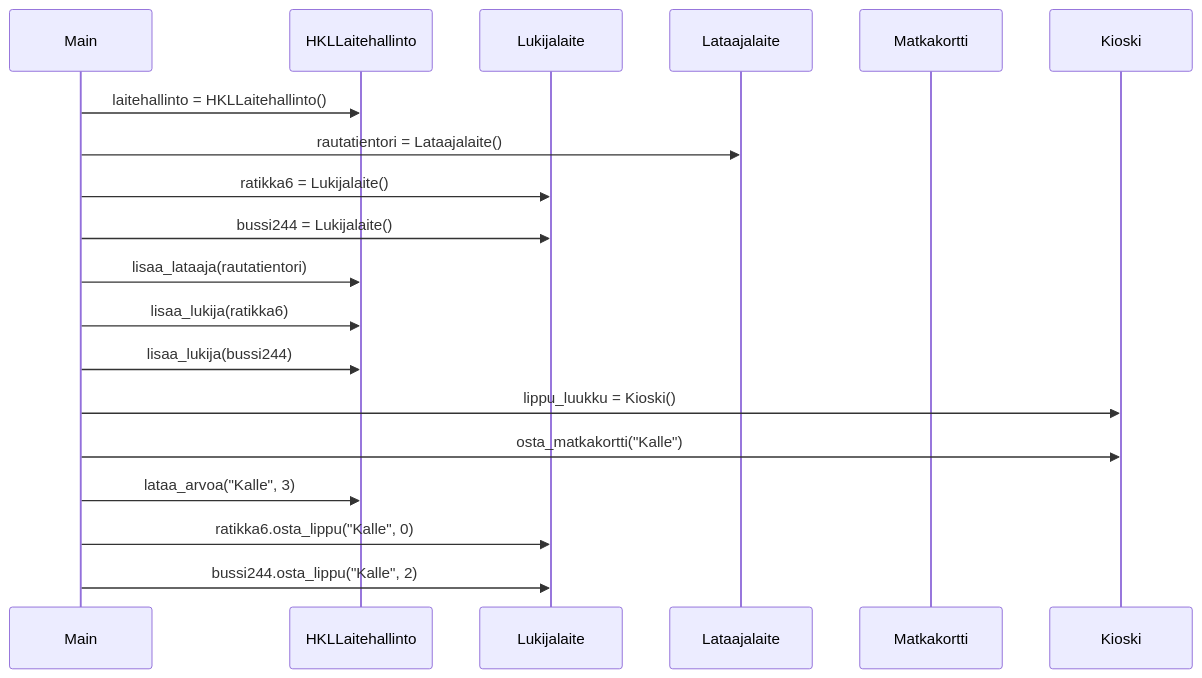
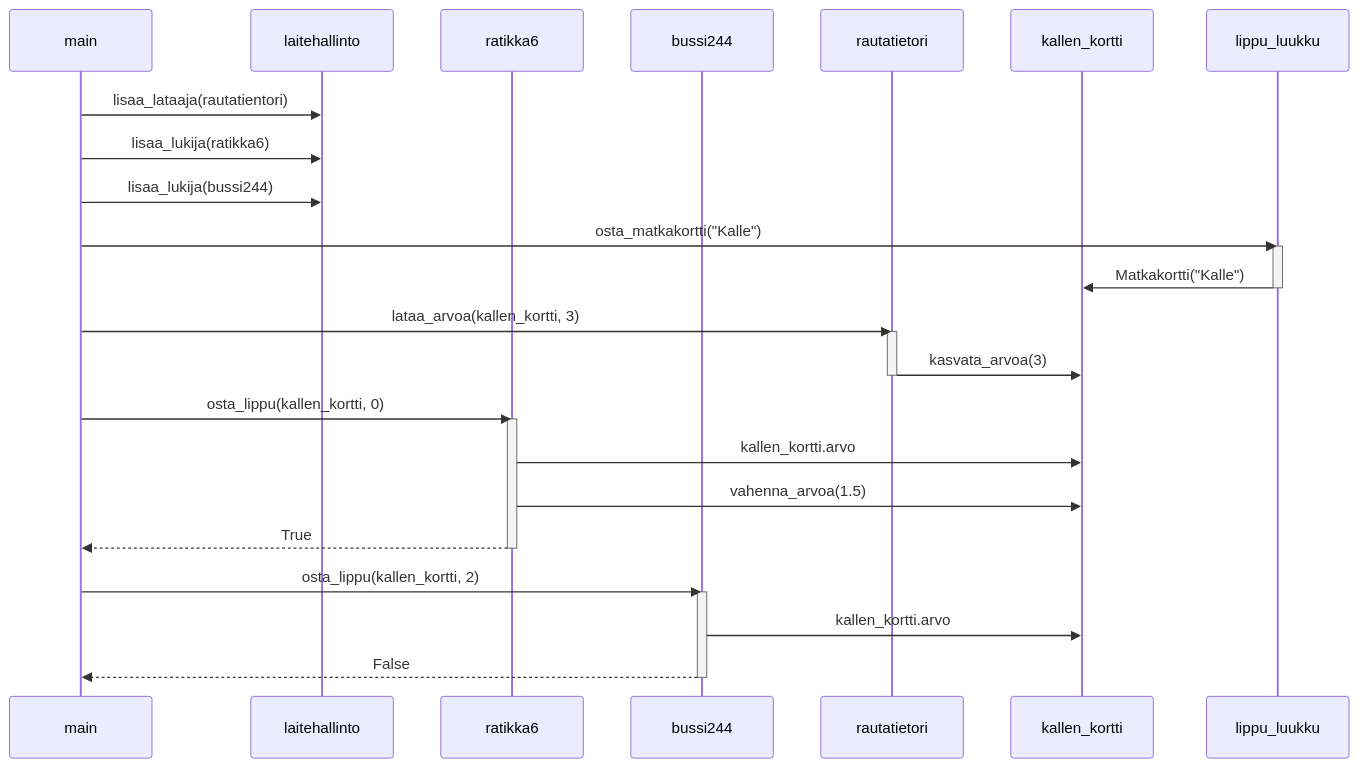
One commit to heidi-holappa/ot-harjoitustyo changed the diagram in laskarit/viikko3/sequenceDiagram_task_4.md. Above: the diagram before and after it, drawn with Mermaid. The commit also changed other lines of this file, not shown here.

Commit message:
Update task 4 for week 3

````diff
--- a/laskarit/viikko3/sequenceDiagram_task_4.md
+++ b/laskarit/viikko3/sequenceDiagram_task_4.md
@@ -2,21 +2,33 @@
 ```mermaid
 sequenceDiagram
-  participant Main
-  participant HKLLaitehallinto
-  participant Lukijalaite
-  participant Lataajalaite
-  participant Matkakortti
-  participant Kioski
-  Main->>HKLLaitehallinto: laitehallinto = HKLLaitehallinto()
-  Main->>Lataajalaite:  rautatientori = Lataajalaite()
-  Main->>Lukijalaite: ratikka6 = Lukijalaite()
-  Main->>Lukijalaite: bussi244 = Lukijalaite()
-  Main->>HKLLaitehallinto: lisaa_lataaja(rautatientori)
-  Main->>HKLLaitehallinto: lisaa_lukija(ratikka6)
-  Main->>HKLLaitehallinto: lisaa_lukija(bussi244)
-  Main->>Kioski: lippu_luukku = Kioski()
-  Main->>Kioski: osta_matkakortti("Kalle")
-  Main->>HKLLaitehallinto: lataa_arvoa("Kalle", 3)
-  Main->>Lukijalaite: ratikka6.osta_lippu("Kalle", 0)
-  Main->>Lukijalaite: bussi244.osta_lippu("Kalle", 2)
+  participant main
+  participant laitehallinto
+  participant ratikka6
+  participant bussi244
+  participant rautatietori
+  participant kallen_kortti
+  participant lippu_luukku
+  
+  main->>laitehallinto: lisaa_lataaja(rautatientori)
+  main->>laitehallinto: lisaa_lukija(ratikka6)
+  main->>laitehallinto: lisaa_lukija(bussi244)
+  main->>lippu_luukku: osta_matkakortti("Kalle")
+  activate lippu_luukku
+  lippu_luukku ->> kallen_kortti: Matkakortti("Kalle")
+  deactivate lippu_luukku
+  main->>rautatietori: lataa_arvoa(kallen_kortti, 3)
+  activate rautatietori
+  rautatietori ->> kallen_kortti: kasvata_arvoa(3)
+  deactivate rautatietori
+  main->> ratikka6: osta_lippu(kallen_kortti, 0)
+  activate ratikka6
+  ratikka6 ->> kallen_kortti: kallen_kortti.arvo
+  ratikka6 ->> kallen_kortti: vahenna_arvoa(1.5)
+  ratikka6 -->> main: True
+  deactivate ratikka6
+  main->> bussi244: osta_lippu(kallen_kortti, 2)
+  activate bussi244
+  bussi244 ->> kallen_kortti: kallen_kortti.arvo
+  bussi244 -->> main: False
+  deactivate bussi244
 ```
````
